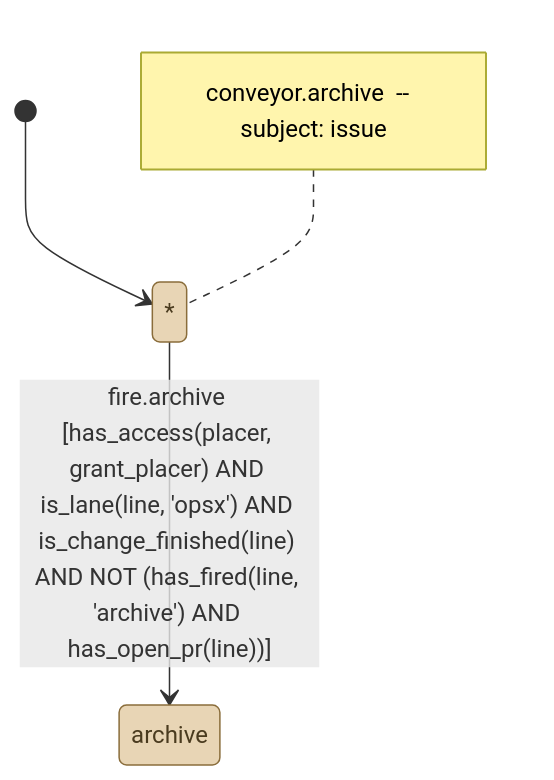
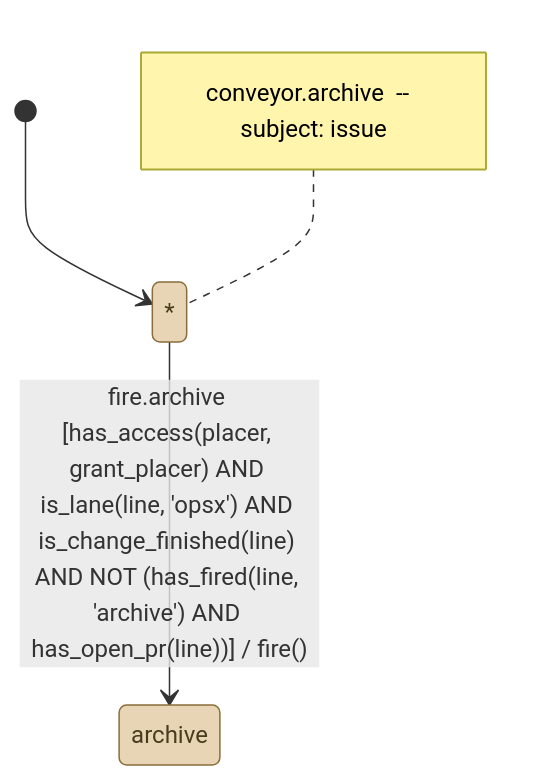
Before and after one commit to kostiantyn-matsebora/agent-ops-operator: the diagram in .github/conveyor-model/mermaid/conveyor_archive.mmd, drawn with Mermaid. The commit also changed 10 other files, not shown here.

```diff
--- a/.github/conveyor-model/mermaid/conveyor_archive.mmd
+++ b/.github/conveyor-model/mermaid/conveyor_archive.mmd
@@ -1,16 +1,16 @@
 stateDiagram-v2
     [*] --> any_state
     note left of any_state
         conveyor.archive  --  subject: issue
     end note
     classDef stationState fill:#e8d5b5,stroke:#8a6d3b,color:#4a3b1f
     classDef loopState fill:#c9e4de,stroke:#2f6b5e,color:#1a3b33
     state "*" as any_state
     state none
     state implement
     state fix
     state merge
     state archive
     state stalled
-    any_state --> archive : fire.archive [has_access(placer, grant_placer) AND is_lane(line, 'opsx') AND is_change_finished(line) AND NOT (has_fired(line, 'archive') AND has_open_pr(line))]
+    any_state --> archive : fire.archive [has_access(placer, grant_placer) AND is_lane(line, 'opsx') AND is_change_finished(line) AND NOT (has_fired(line, 'archive') AND has_open_pr(line))] / fire()
     class none, implement, fix, merge, archive, stalled, any_state stationState
```
